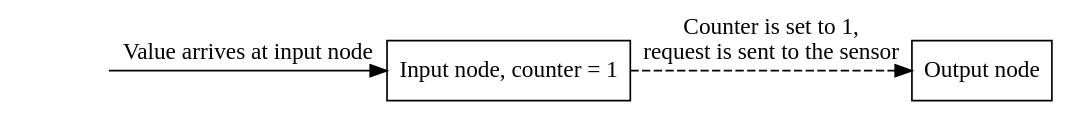
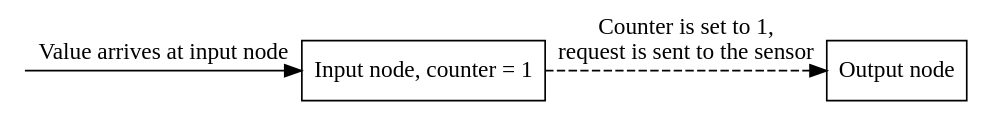
Before and after one commit to reenberg/wobot: the diagram in rapport/dotfiles/accumulate-repeat-1.dot, drawn with Graphviz. The commit also changed 7 other files, not shown here.

Commit message:
Little larger graphs

```diff
--- a/rapport/dotfiles/accumulate-repeat-1.dot
+++ b/rapport/dotfiles/accumulate-repeat-1.dot
@@ -1,14 +1,14 @@
 digraph G
 {
                 node [fontname="Times Roman", shape=rectangle]
                 edge [color=black, fontname="Times Roman"]
 
-                FromNode [label="", color=white]
+                FromNode [label="", color=white, shape=point]
                 InputNode [label="Input node, counter = 1"]
                 OutputNode [label="Output node"]
 
                 {rank=same; FromNode InputNode OutputNode}
                 
                 FromNode->InputNode [label="Value arrives at input node"]
                 InputNode->OutputNode [label="Counter is set to 1,\nrequest is sent to the sensor", style=dashed]
 }
```
